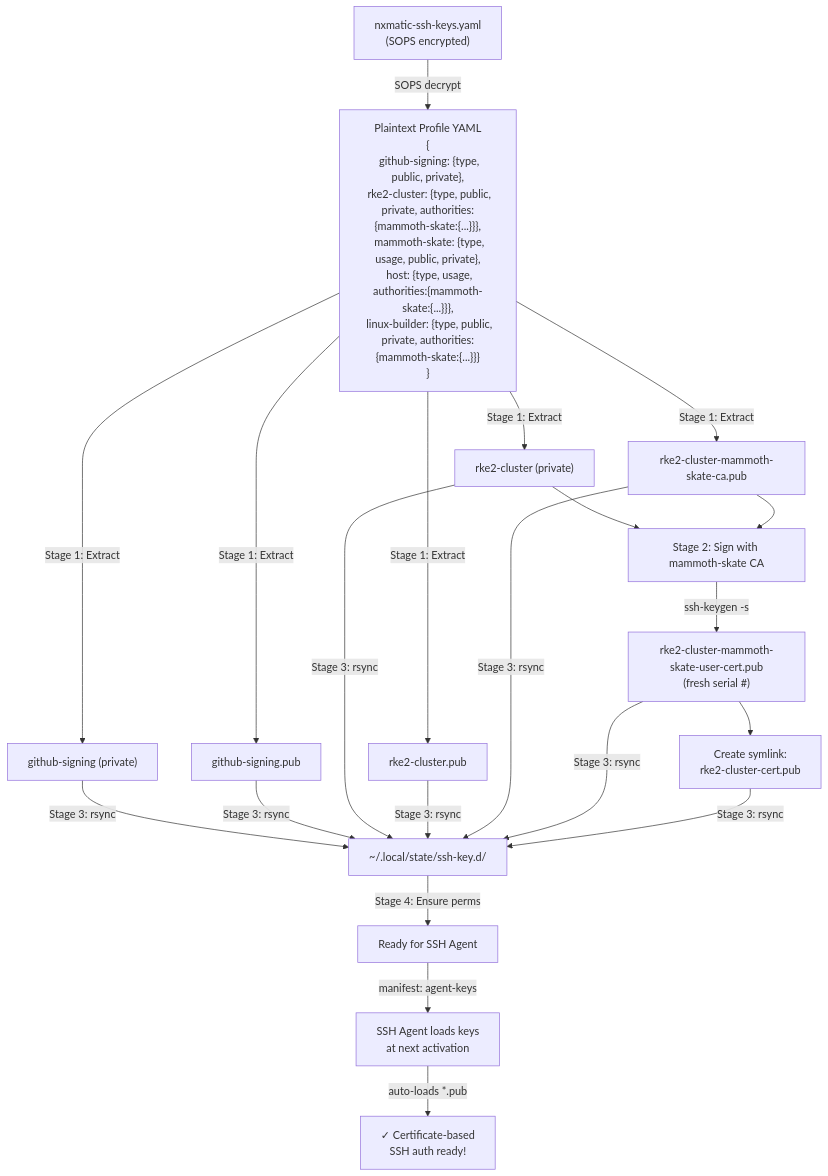
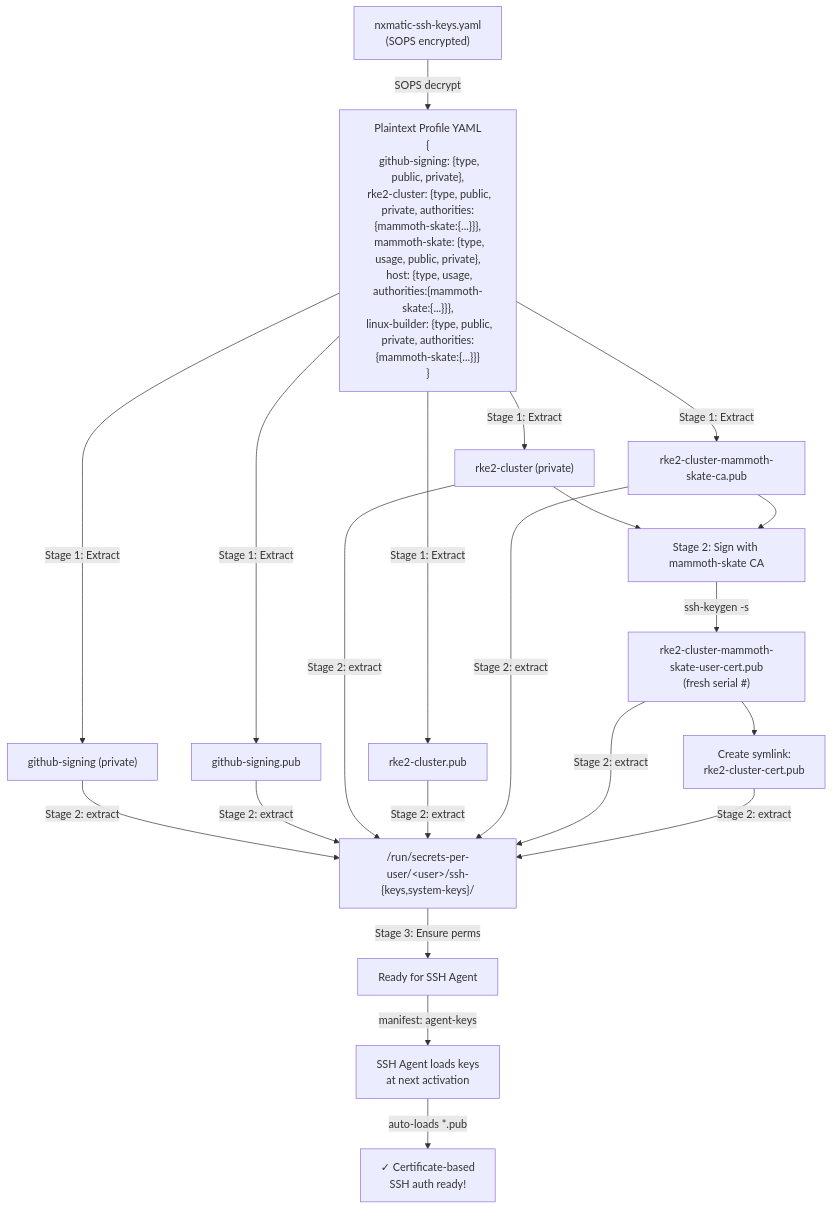
The third of 7 diagrams in docs/ssh-keys-diagrams.adoc (seedmatic/ndh), drawn with Mermaid before and after one commit. The commit also changed other lines of this file and 23 other files, not shown here.

Commit message:
chore(ssh): better keys distribution from nix

```diff
--- a/docs/ssh-keys-diagrams.adoc
+++ b/docs/ssh-keys-diagrams.adoc
@@ -98,27 +99,27 @@
 [mermaid]
 ----
 graph TD
     A["nxmatic-ssh-keys.yaml<br/>(SOPS encrypted)"]
     
     A -->|SOPS decrypt| B["Plaintext Profile YAML<br/>{<br/>  github-signing: {type, public, private},<br/>  rke2-cluster: {type, public, private, authorities:{mammoth-skate:{...}}},<br/>  mammoth-skate: {type, usage, public, private},<br/>  host: {type, usage, authorities:{mammoth-skate:{...}}},<br/>  linux-builder: {type, public, private, authorities:{mammoth-skate:{...}}}<br/>}"]
     
     B -->|Stage 1: Extract| C1["github-signing (private)"]
     B -->|Stage 1: Extract| C2["github-signing.pub"]
     B -->|Stage 1: Extract| C3["rke2-cluster (private)"]
     B -->|Stage 1: Extract| C4["rke2-cluster.pub"]
     B -->|Stage 1: Extract| C5["rke2-cluster-mammoth-skate-ca.pub"]
     
     C3 --> D1["Stage 2: Sign with mammoth-skate CA"]
     C5 --> D1
     D1 -->|ssh-keygen -s| D2["rke2-cluster-mammoth-skate-user-cert.pub<br/>(fresh serial #)"]
     
     D2 --> D3["Create symlink:<br/>rke2-cluster-cert.pub"]
     
-    C1 & C2 & C3 & C4 & C5 & D2 & D3 -->|Stage 3: rsync| E["~/.local/state/ssh-key.d/"]
+    C1 & C2 & C3 & C4 & C5 & D2 & D3 -->|Stage 2: extract| E["/run/secrets-per-user/&lt;user&gt;/ssh-{keys,system-keys}/"]
     
-    E -->|Stage 4: Ensure perms| F["Ready for SSH Agent"]
+    E -->|Stage 3: Ensure perms| F["Ready for SSH Agent"]
     
     F -->|manifest: agent-keys| G["SSH Agent loads keys<br/>at next activation"]
     
     G -->|auto-loads *.pub| H["✓ Certificate-based<br/>SSH auth ready!"]
 ----
```
